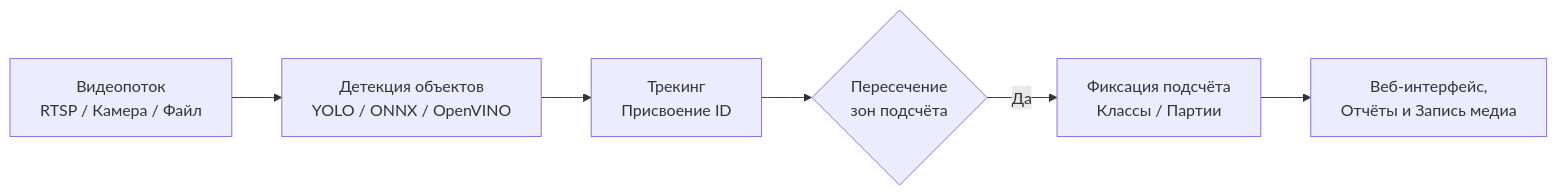
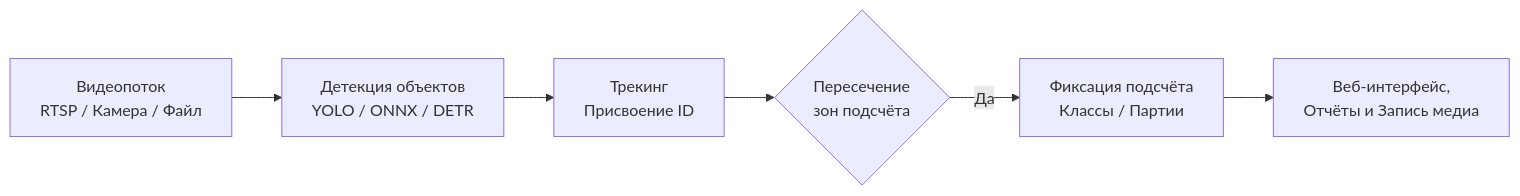
Before and after one commit to BespredeL/CVCounter: the diagram in README.md, drawn with Mermaid. The commit also changed other lines of this file and 3 other files, not shown here.

Commit message:
docs: harmonize readme and wiki with unified detection architecture

````diff
--- a/README.md
+++ b/README.md
@@ -50,8 +50,8 @@
 ```mermaid
 flowchart LR
-    A[Видеопоток<br>RTSP / Камера / Файл] --> B[Детекция объектов<br>YOLO / ONNX / OpenVINO]
+    A[Видеопоток<br>RTSP / Камера / Файл] --> B[Детекция объектов<br>YOLO / ONNX / DETR]
     B --> C[Трекинг<br>Присвоение ID]
     C --> D{Пересечение<br>зон подсчёта}
     D -- Да --> E[Фиксация подсчёта<br>Классы / Партии]
     E --> F[Веб-интерфейс,<br>Отчёты и Запись медиа]
 ```
````
